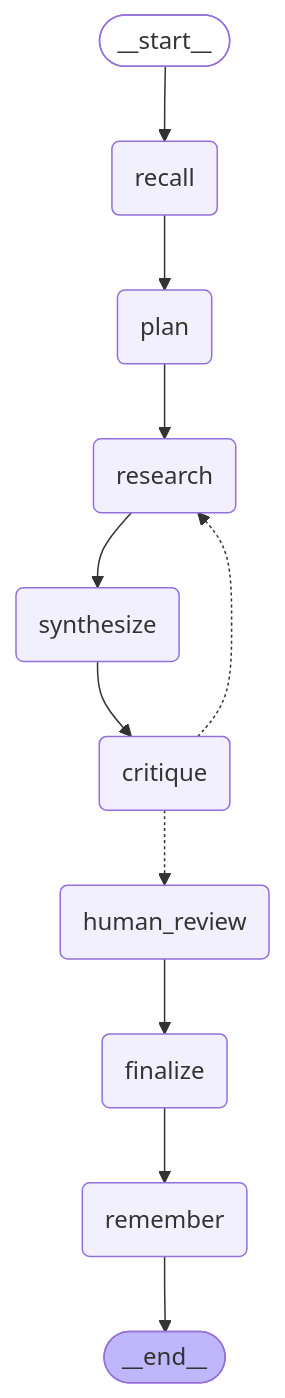
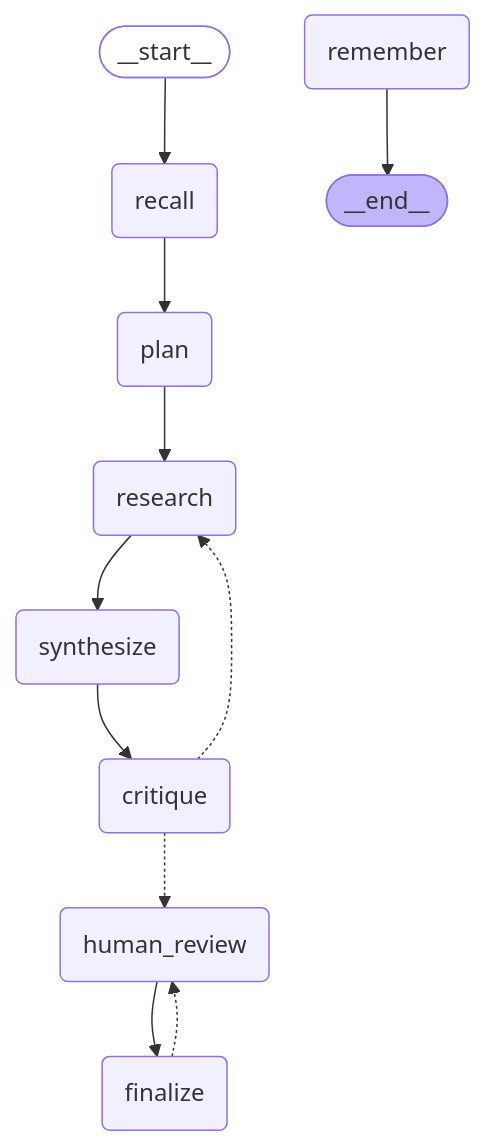
One commit to Mounikabharatha/langgraph-research-agent changed the diagram in README.md. Above: the diagram before and after it, drawn with Mermaid. The commit also changed other lines of this file and 7 other files, not shown here.

````diff
--- a/README.md
+++ b/README.md
@@ -13,26 +13,26 @@
 ```mermaid
 graph TD;
 	__start__([__start__]):::first
 	recall(recall)
 	plan(plan)
 	research(research)
 	synthesize(synthesize)
 	critique(critique)
 	human_review(human_review)
 	finalize(finalize)
 	remember(remember)
 	__end__([__end__]):::last
 	__start__ --> recall;
 	recall --> plan;
 	critique -.-> human_review;
 	critique -.-> research;
 	human_review --> finalize;
+	finalize -.-> human_review;
 	plan --> research;
 	research --> synthesize;
 	synthesize --> critique;
-	finalize --> remember;
 	remember --> __end__;
 	classDef default fill:#f2f0ff,line-height:1.2
 	classDef first fill-opacity:0
 	classDef last fill:#bfb6fc
 ```
````
